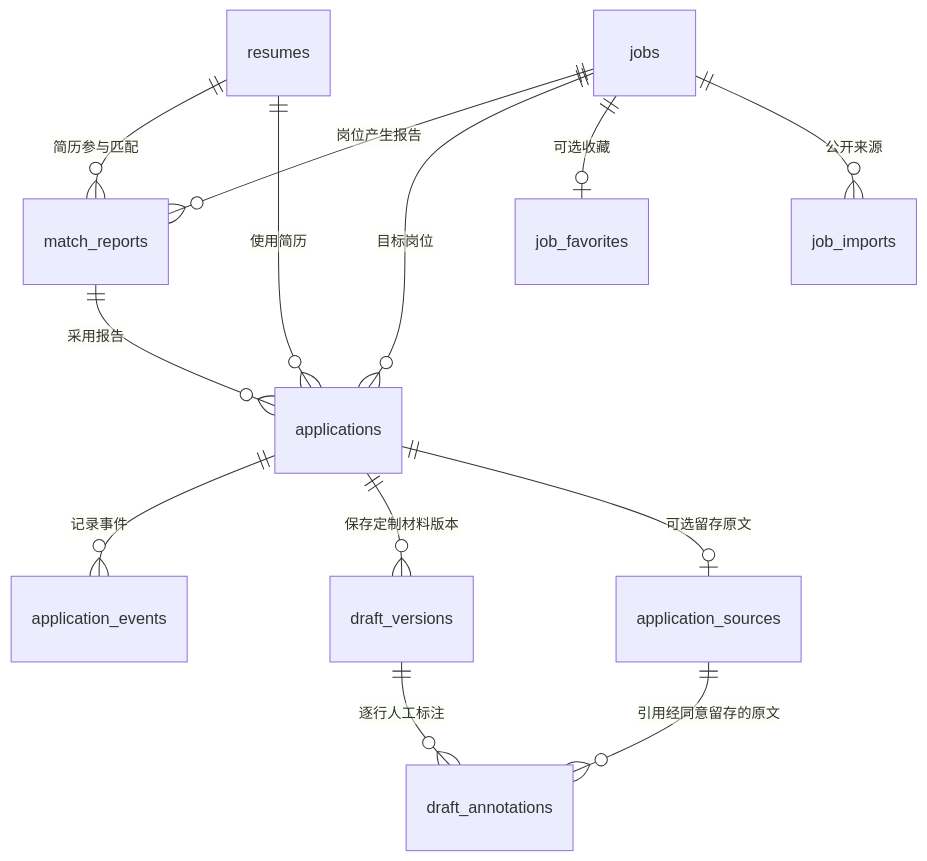
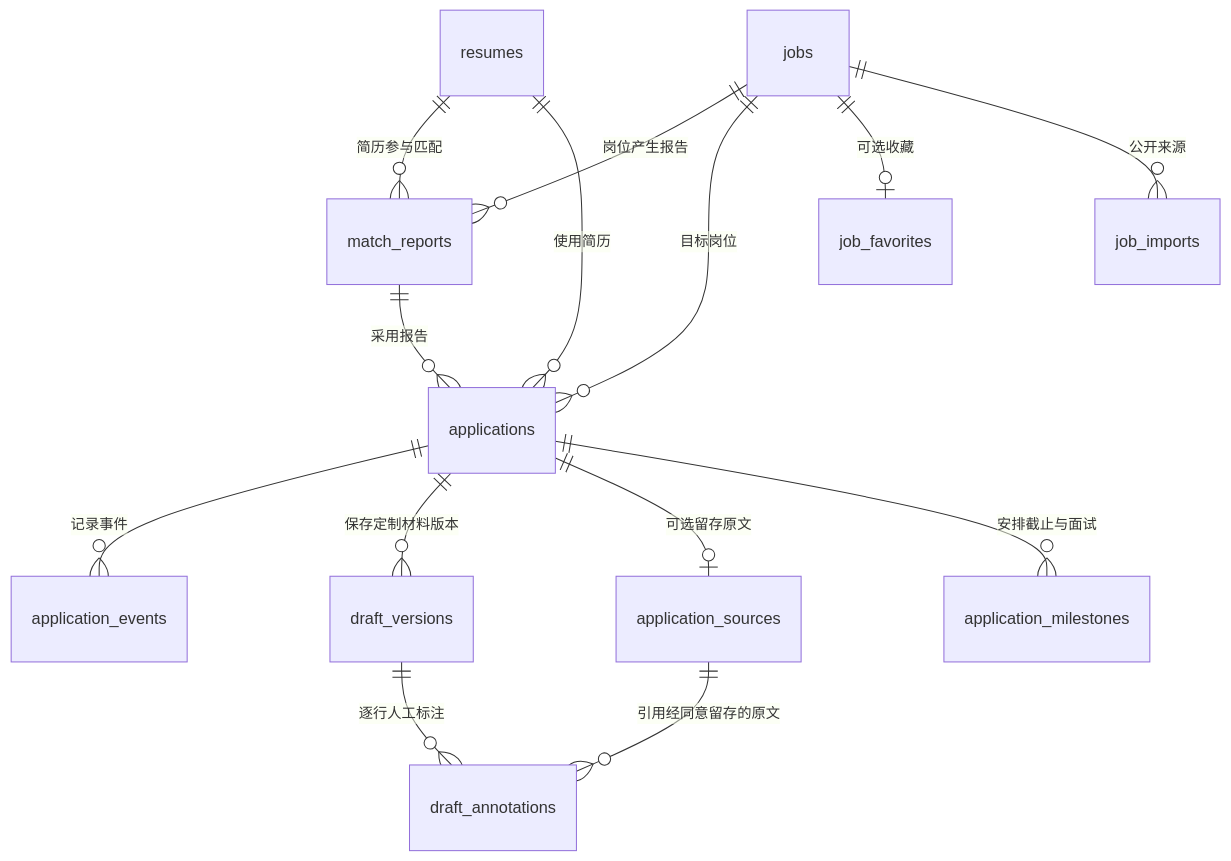
Before and after one commit to uselesswork/AI-Agent: the diagram in docs/数据库设计与字段说明.md, drawn with Mermaid. The commit also changed other lines of this file and 17 other files, not shown here.

````diff
--- a/docs/数据库设计与字段说明.md
+++ b/docs/数据库设计与字段说明.md
@@ -25,15 +26,16 @@
 ```mermaid
 erDiagram
     resumes ||--o{ match_reports : "简历参与匹配"
     jobs ||--o{ match_reports : "岗位产生报告"
     resumes ||--o{ applications : "使用简历"
     jobs ||--o{ applications : "目标岗位"
     match_reports ||--o{ applications : "采用报告"
     applications ||--o{ application_events : "记录事件"
     applications ||--o{ draft_versions : "保存定制材料版本"
     applications ||--o| application_sources : "可选留存原文"
     jobs ||--o| job_favorites : "可选收藏"
     jobs ||--o{ job_imports : "公开来源"
     draft_versions ||--o{ draft_annotations : "逐行人工标注"
     application_sources ||--o{ draft_annotations : "引用经同意留存的原文"
+    applications ||--o{ application_milestones : "安排截止与面试"
 ```
````
